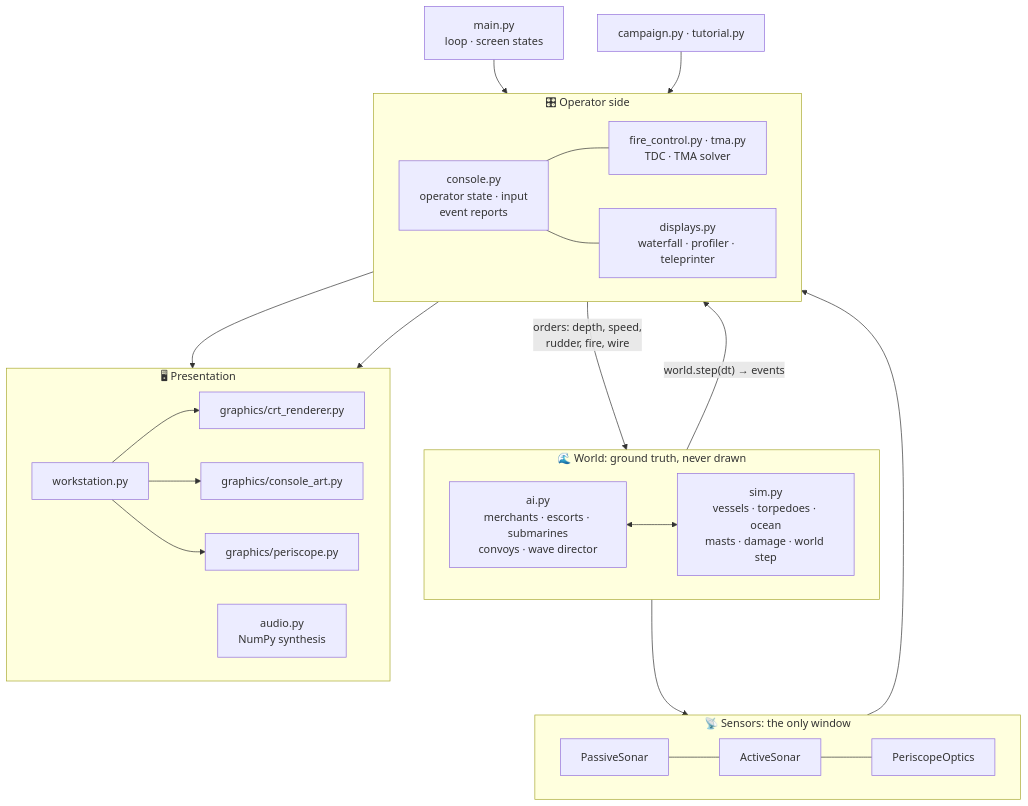
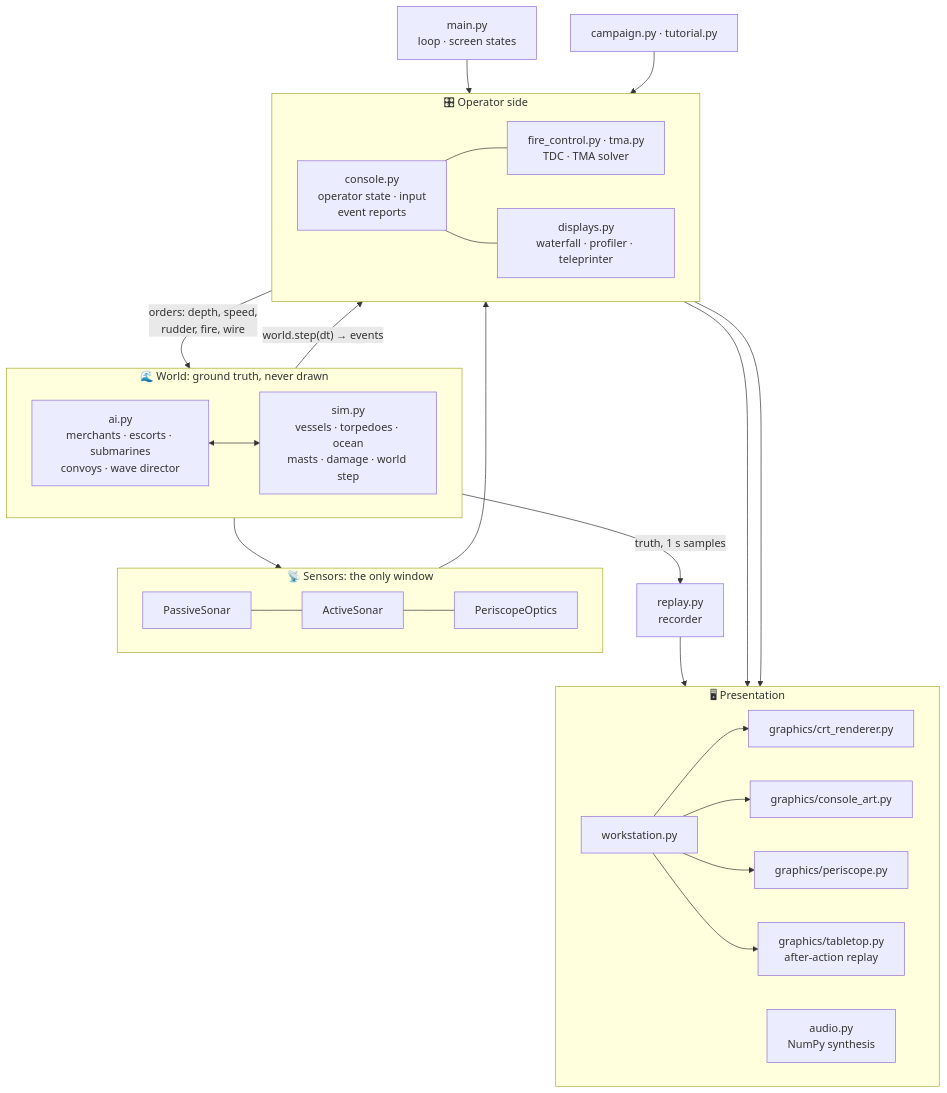
The second of 4 diagrams in README.md (JFrusher/SilentSolution), drawn with Mermaid before and after one commit. The commit also changed other lines of this file and 6 other files, not shown here.

First line of the commit message:
docs: after-action replay GIF and README section

````diff
--- a/README.md
+++ b/README.md
@@ -236,35 +262,37 @@
 ```mermaid
 flowchart TB
     subgraph WORLD["🌊 World: ground truth, never drawn"]
         direction LR
         SIM["sim.py<br/>vessels · torpedoes · ocean<br/>masts · damage · world step"]
         AI["ai.py<br/>merchants · escorts · submarines<br/>convoys · wave director"]
         AI <--> SIM
     end
     subgraph SENSE["📡 Sensors: the only window"]
         direction LR
         PS[PassiveSonar] --- AS[ActiveSonar] --- PO[PeriscopeOptics]
     end
     subgraph OPS["🎛 Operator side"]
         direction LR
         CON["console.py<br/>operator state · input<br/>event reports"]
         TDC["fire_control.py · tma.py<br/>TDC · TMA solver"]
         DSP["displays.py<br/>waterfall · profiler · teleprinter"]
         CON --- TDC
         CON --- DSP
     end
     subgraph DRAW["🖥 Presentation"]
         direction LR
         WS["workstation.py"] --> CRT["graphics/crt_renderer.py"]
         WS --> ART["graphics/console_art.py"]
         WS --> PER["graphics/periscope.py"]
+        WS --> TAB["graphics/tabletop.py<br/>after-action replay"]
         AUD["audio.py<br/>NumPy synthesis"]
     end
+    SIM -- "truth, 1 s samples" --> REC["replay.py<br/>recorder"] --> TAB
     SIM -- "world.step(dt) → events" --> CON
     SIM --> SENSE --> CON
     CON -- "orders: depth, speed,<br/>rudder, fire, wire" --> SIM
     CON --> WS
     CON --> AUD
     MAIN["main.py<br/>loop · screen states"] --> CON
     CAMP["campaign.py · tutorial.py"] --> CON
 ```
````
